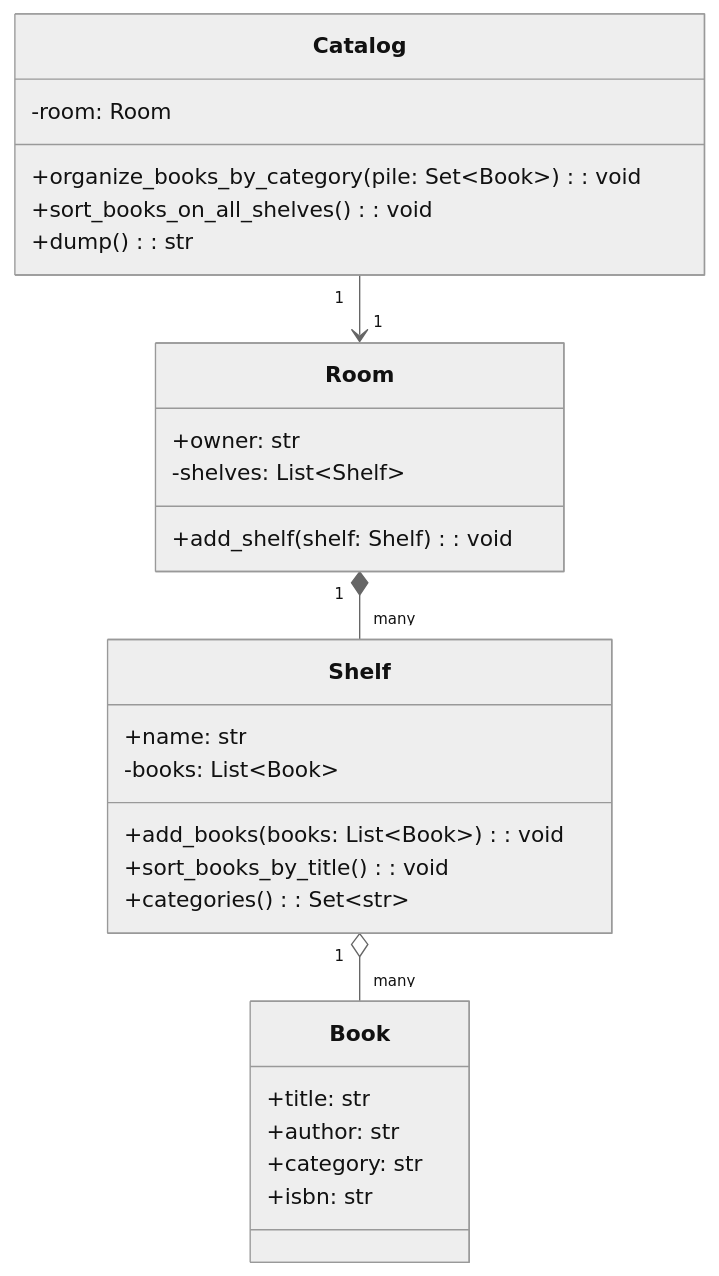
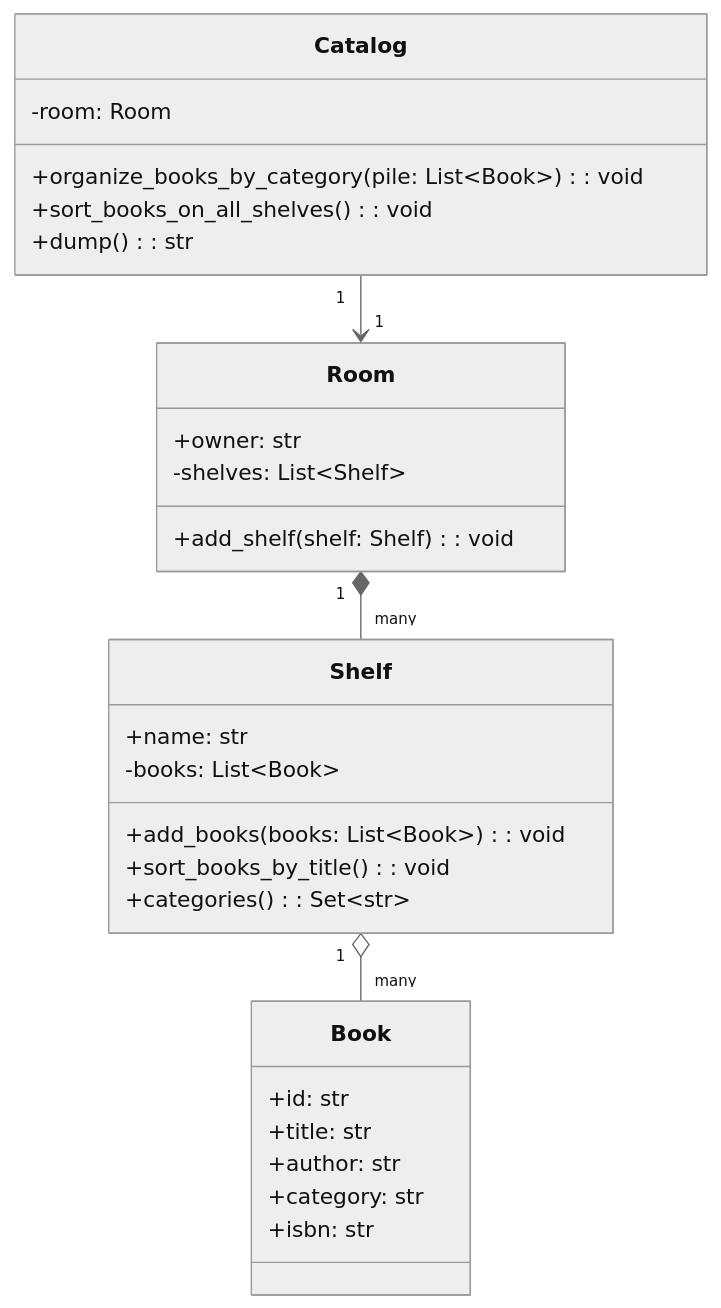
The diagram in diagram.md (IrinaKra/Bookshelf), drawn with Mermaid (neutral theme) before and after one commit. The commit also changed 1 other file, not shown here.

````diff
--- a/diagram.md
+++ b/diagram.md
@@ -1,30 +1,38 @@
 ```mermaid
 classDiagram
   class Book {
+    +id: str
     +title: str
     +author: str
     +category: str
     +isbn: str
   }
+
   class Shelf {
     +name: str
     -books: List~Book~
     +add_books(books: List~Book~): void
     +sort_books_by_title(): void
     +categories(): Set~str~
   }
+
   class Room {
     +owner: str
     -shelves: List~Shelf~
     +add_shelf(shelf: Shelf): void
   }
+
   class Catalog {
     -room: Room
-    +organize_books_by_category(pile: Set~Book~): void
+    +organize_books_by_category(pile: List~Book~): void
     +sort_books_on_all_shelves(): void
     +dump(): str
   }
+
+  %% Композиція: кімната "володіє" полицями
   Room "1" *-- "many" Shelf
+  %% Агрегація: полиці тримають книги, але книга може існувати й поза полицею
   Shelf "1" o-- "many" Book
+  %% Залежність: каталог працює з конкретною кімнатою
   Catalog "1" --> "1" Room
 ```
````
